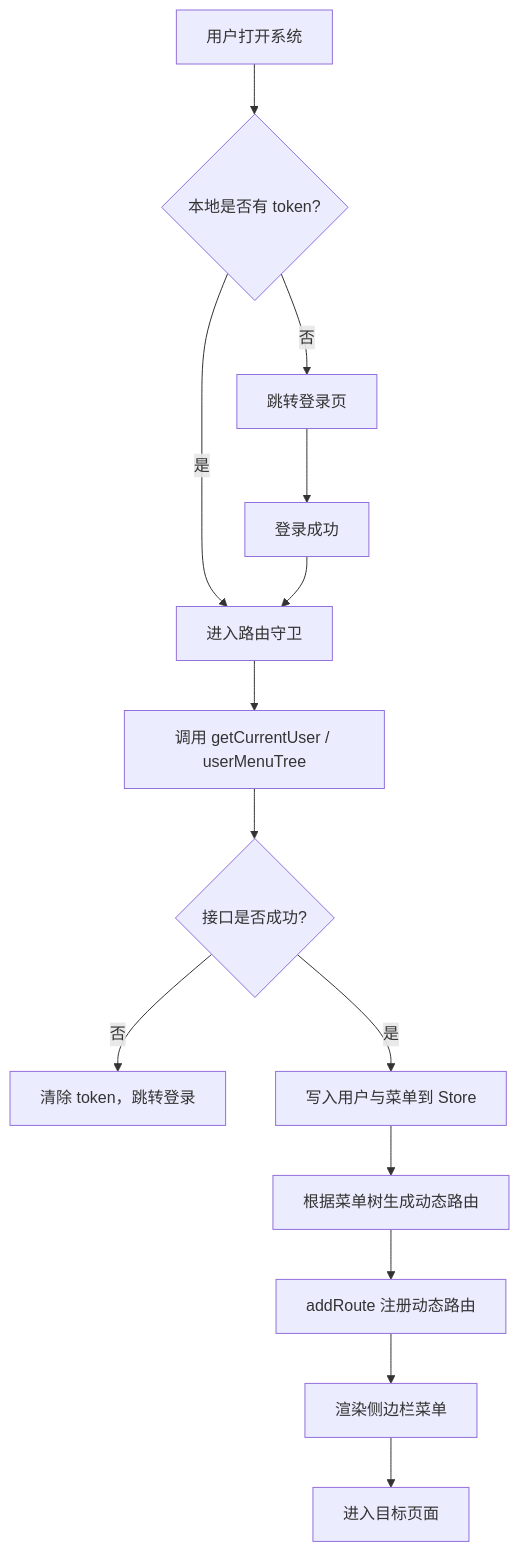
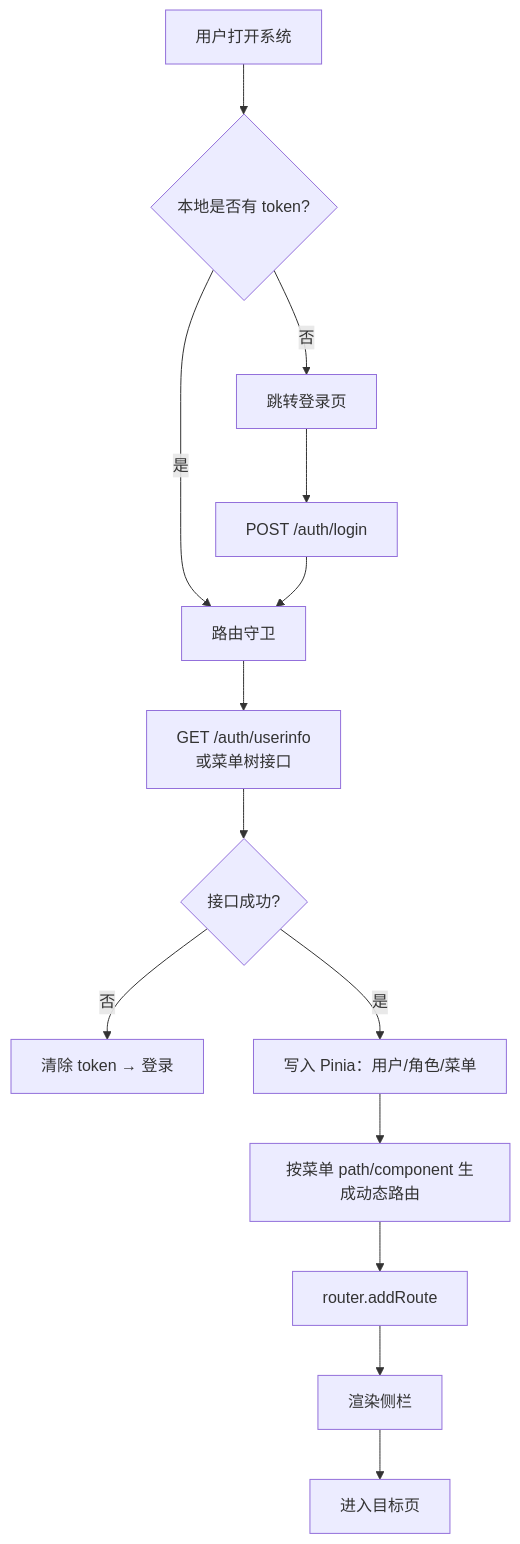
Before and after one commit to xinxin-star1998/star-pivot: the seventh of 8 diagrams in doc/架构图与流程图.md, drawn with Mermaid. The commit also changed other lines of this file and 150 other files, not shown here.

````diff
--- a/doc/架构图与流程图.md
+++ b/doc/架构图与流程图.md
@@ -177,16 +326,16 @@
 ```mermaid
 flowchart TB
     A[用户打开系统] --> B{本地是否有 token?}
     B -->|否| C[跳转登录页]
-    B -->|是| D[进入路由守卫]
-    D --> E[调用 getCurrentUser / userMenuTree]
-    E --> F{接口是否成功?}
-    F -->|否| G[清除 token，跳转登录]
-    F -->|是| H[写入用户与菜单到 Store]
-    H --> I[根据菜单树生成动态路由]
-    I --> J[addRoute 注册动态路由]
-    J --> K[渲染侧边栏菜单]
-    K --> L[进入目标页面]
-    C --> M[登录成功]
+    B -->|是| D[路由守卫]
+    D --> E["GET /auth/userinfo<br/>或菜单树接口"]
+    E --> F{接口成功?}
+    F -->|否| G[清除 token → 登录]
+    F -->|是| H[写入 Pinia：用户/角色/菜单]
+    H --> I[按菜单 path/component 生成动态路由]
+    I --> J[router.addRoute]
+    J --> K[渲染侧栏]
+    K --> L[进入目标页]
+    C --> M[POST /auth/login]
     M --> D
 ```
````
